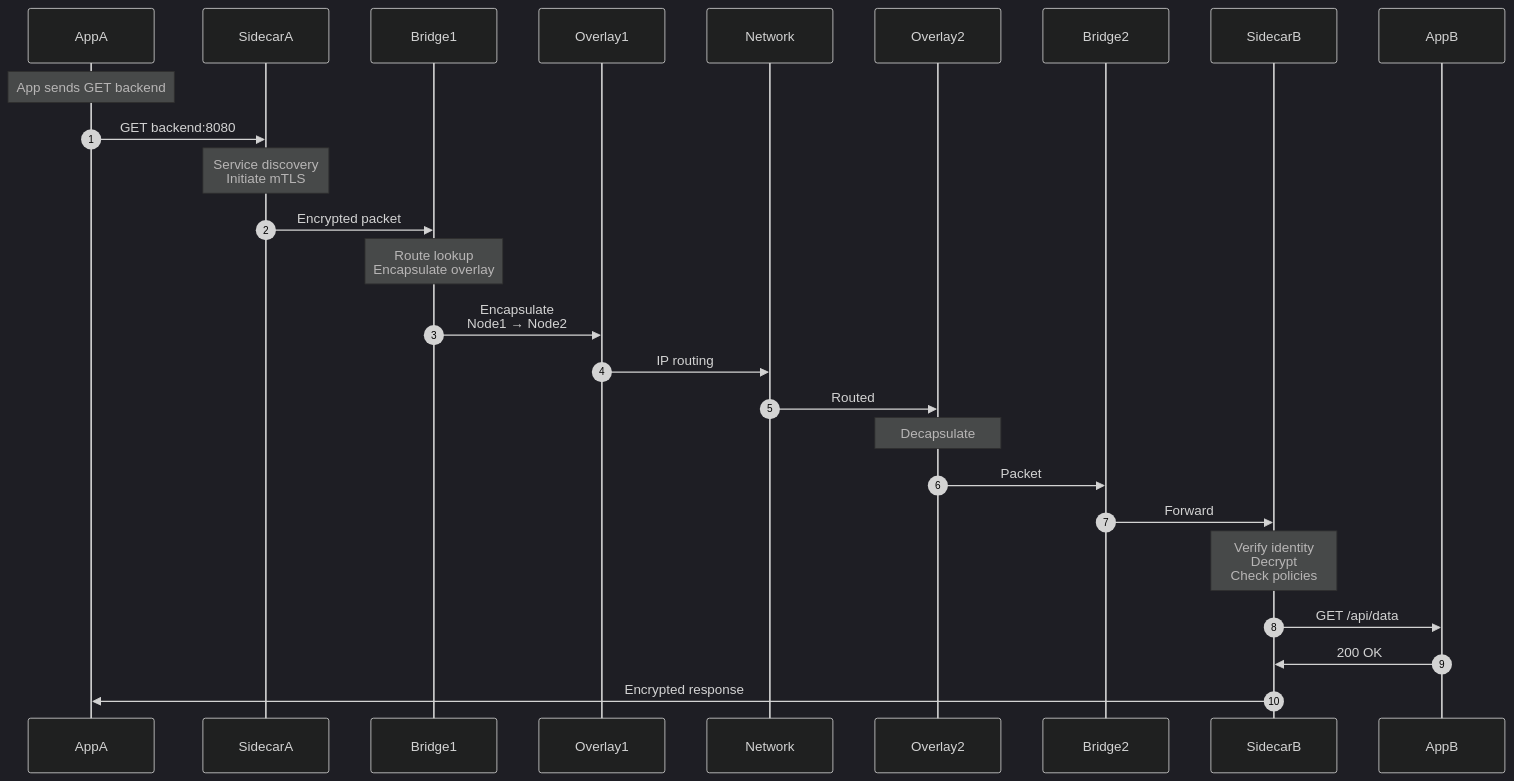
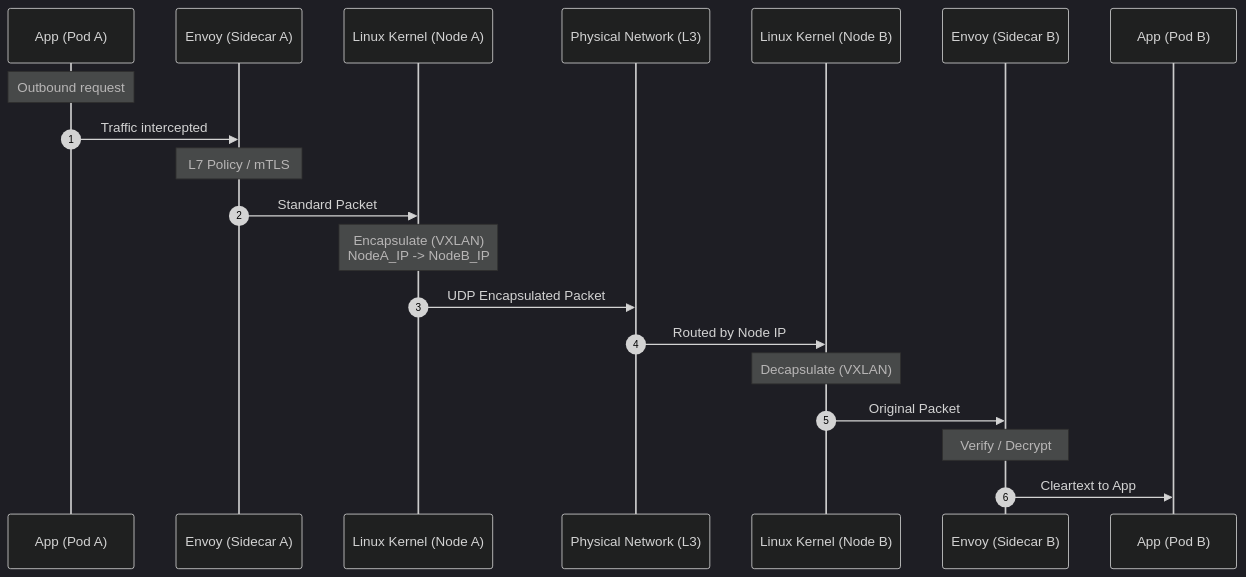
One commit to ypeavler/blog changed diagram 12 of 12 in _posts/2026-01-02-kubernetes-in-a-hurry.md. Above: the diagram before and after it, drawn with Mermaid (dark theme).

Commit message:
simplify mermaid

```diff
--- a/_posts/2026-01-02-kubernetes-in-a-hurry.md
+++ b/_posts/2026-01-02-kubernetes-in-a-hurry.md
@@ -1062,42 +1062,23 @@
 <div class="mermaid">
 sequenceDiagram
     autonumber
-    participant AppA as AppA
-    participant SidecarA as SidecarA
-    participant Bridge1 as Bridge1
-    participant Overlay1 as Overlay1
-    participant Network as Network
-    participant Overlay2 as Overlay2
-    participant Bridge2 as Bridge2
-    participant SidecarB as SidecarB
-    participant AppB as AppB
+    participant AppA as App (Pod A)
+    participant EnvoyA as Envoy (Sidecar A)
+    participant KernelA as Linux Kernel (Node A)
+    participant Network as Physical Network (L3)
+    participant KernelB as Linux Kernel (Node B)
+    participant EnvoyB as Envoy (Sidecar B)
+    participant AppB as App (Pod B)
 
-    Note over AppA: App sends GET backend
-
-    AppA->>SidecarA: GET backend:8080
-
-    Note over SidecarA: Service discovery<br/>Initiate mTLS
-
-    SidecarA->>Bridge1: Encrypted packet
-
-    Note over Bridge1: Route lookup<br/>Encapsulate overlay
-
-    Bridge1->>Overlay1: Encapsulate<br/>Node1 → Node2
-
-    Overlay1->>Network: IP routing
-
-    Network->>Overlay2: Routed
-
-    Note over Overlay2: Decapsulate
-
-    Overlay2->>Bridge2: Packet
-
-    Bridge2->>SidecarB: Forward
-
-    Note over SidecarB: Verify identity<br/>Decrypt<br/>Check policies
-
-    SidecarB->>AppB: GET /api/data
-
-    AppB->>SidecarB: 200 OK
-    SidecarB->>AppA: Encrypted response
+    Note over AppA: Outbound request
+    AppA->>EnvoyA: Traffic intercepted
+    Note over EnvoyA: L7 Policy / mTLS
+    EnvoyA->>KernelA: Standard Packet
+    Note over KernelA: Encapsulate (VXLAN)<br/>NodeA_IP -> NodeB_IP
+    KernelA->>Network: UDP Encapsulated Packet
+    Network->>KernelB: Routed by Node IP
+    Note over KernelB: Decapsulate (VXLAN)
+    KernelB->>EnvoyB: Original Packet
+    Note over EnvoyB: Verify / Decrypt
+    EnvoyB->>AppB: Cleartext to App
 </div>
```
